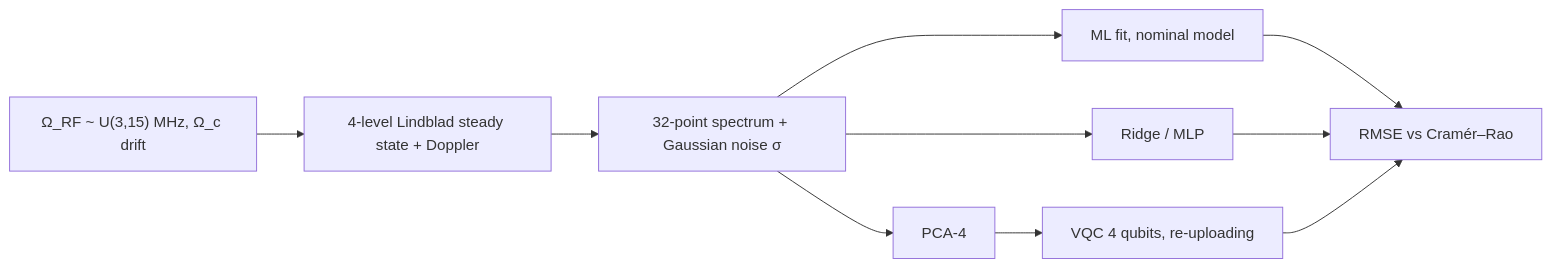
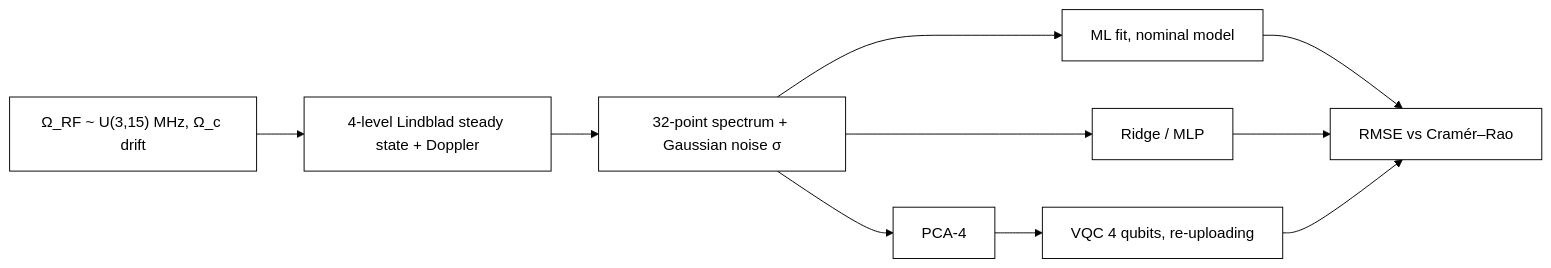
One commit to pradeepdegalaroyal/rydberg-eit-rf-estimation-vqc-vs-fit changed the diagram in README.md. Above: the diagram before and after it, drawn with Mermaid. The commit also changed other lines of this file and 2 other files, not shown here.

Commit message:
Docs: spell out abbreviations at first use; diagram labels beside arrows

````diff
--- a/README.md
+++ b/README.md
@@ -13,11 +13,12 @@
 ```mermaid
+%%{init: {'theme': 'base', 'themeVariables': {'primaryColor': '#ffffff', 'primaryTextColor': '#000000', 'primaryBorderColor': '#000000', 'lineColor': '#000000', 'secondaryColor': '#ffffff', 'tertiaryColor': '#ffffff', 'background': '#ffffff', 'noteBkgColor': '#ffffff', 'noteTextColor': '#000000', 'actorBkg': '#ffffff', 'actorBorder': '#000000', 'actorTextColor': '#000000', 'signalColor': '#000000', 'signalTextColor': '#000000', 'labelBoxBkgColor': '#ffffff', 'labelTextColor': '#000000', 'clusterBkg': '#ffffff', 'clusterBorder': '#000000'}}}%%
 flowchart LR
   A["Ω_RF ~ U(3,15) MHz, Ω_c drift"] --> B["4-level Lindblad steady state + Doppler"]
   B --> C["32-point spectrum + Gaussian noise σ"]
   C --> D1["ML fit, nominal model"]
   C --> D2["Ridge / MLP"]
   C --> P["PCA-4"] --> D3["VQC 4 qubits, re-uploading"]
   D1 --> F["RMSE vs Cramér–Rao"]
   D2 --> F
   D3 --> F
 ```
````
